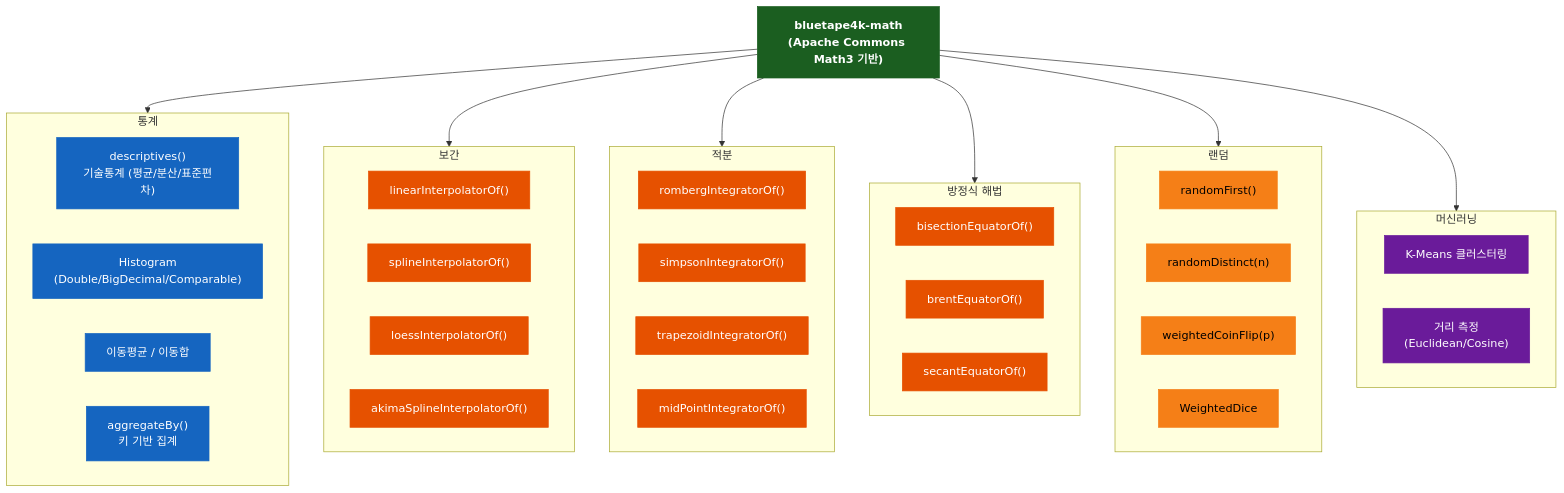
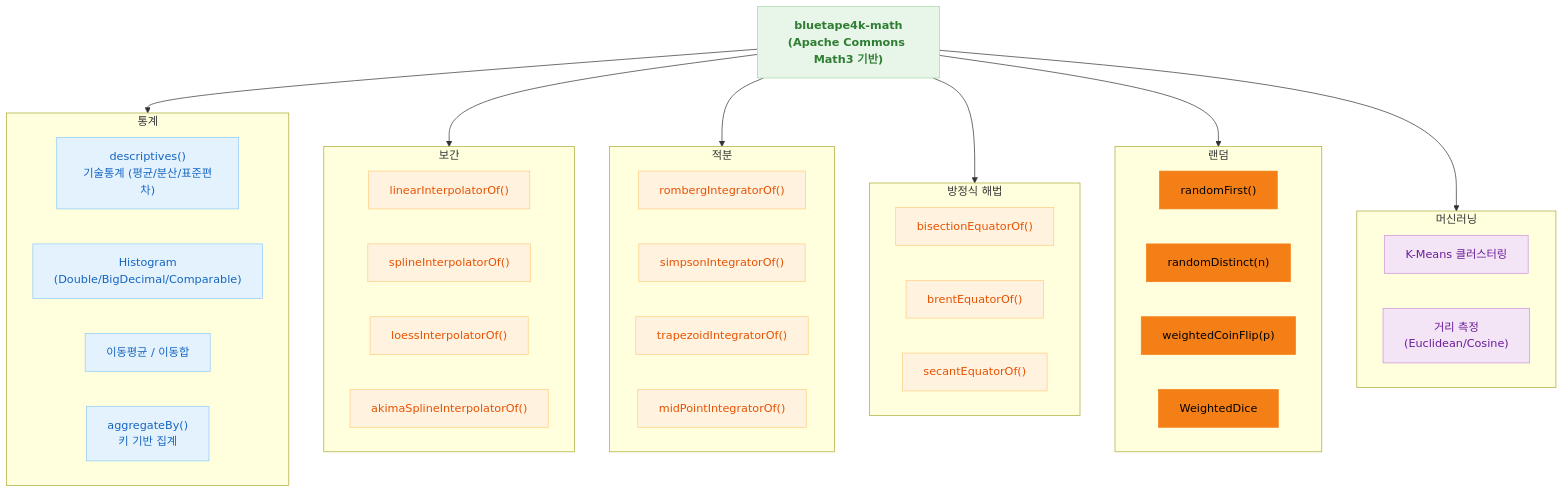
Before and after one commit to bluetape4k/bluetape4k-projects: the first of 2 diagrams in utils/math/README.ko.md, drawn with Mermaid. The commit also changed other lines of this file and 219 other files, not shown here.

First line of the commit message:
docs: 전체 README Mermaid 다이어그램 가이드 적용

````diff
--- a/utils/math/README.ko.md
+++ b/utils/math/README.ko.md
@@ -11,64 +11,64 @@
 ```mermaid
 flowchart TD
     subgraph 통계["통계"]
         DS["descriptives()<br/>기술통계 (평균/분산/표준편차)"]
         HG["Histogram<br/>(Double/BigDecimal/Comparable)"]
         MA["이동평균 / 이동합"]
         AG["aggregateBy()<br/>키 기반 집계"]
     end
 
     subgraph 보간["보간"]
         LIN["linearInterpolatorOf()"]
         SPL["splineInterpolatorOf()"]
         LOE["loessInterpolatorOf()"]
         AKI["akimaSplineInterpolatorOf()"]
     end
 
     subgraph 적분["적분"]
         ROM["rombergIntegratorOf()"]
         SIM["simpsonIntegratorOf()"]
         TRP["trapezoidIntegratorOf()"]
         MID["midPointIntegratorOf()"]
     end
 
     subgraph 방정식["방정식 해법"]
         BIS["bisectionEquatorOf()"]
         BRN["brentEquatorOf()"]
         SEC["secantEquatorOf()"]
     end
 
     subgraph 랜덤["랜덤"]
         RF["randomFirst()"]
         RD["randomDistinct(n)"]
         WC["weightedCoinFlip(p)"]
         WD["WeightedDice"]
     end
 
     subgraph ML["머신러닝"]
         KM["K-Means 클러스터링"]
         DM["거리 측정<br/>(Euclidean/Cosine)"]
     end
 
     MATH["bluetape4k-math<br/>(Apache Commons Math3 기반)"]
     MATH --> 통계
     MATH --> 보간
     MATH --> 적분
     MATH --> 방정식
     MATH --> 랜덤
     MATH --> ML
 
-    classDef coreStyle fill:#1B5E20,stroke:#1B5E20,color:#FFFFFF,font-weight:bold
-    classDef serviceStyle fill:#1565C0,stroke:#1565C0,color:#FFFFFF
-    classDef utilStyle fill:#E65100,stroke:#E65100,color:#FFFFFF
-    classDef asyncStyle fill:#6A1B9A,stroke:#6A1B9A,color:#FFFFFF
-    classDef extStyle fill:#37474F,stroke:#37474F,color:#FFFFFF
+    classDef coreStyle fill:#E8F5E9,stroke:#A5D6A7,color:#2E7D32,font-weight:bold
+    classDef serviceStyle fill:#E3F2FD,stroke:#90CAF9,color:#1565C0
+    classDef utilStyle fill:#FFF3E0,stroke:#FFCC80,color:#E65100
+    classDef asyncStyle fill:#F3E5F5,stroke:#CE93D8,color:#6A1B9A
+    classDef extStyle fill:#ECEFF1,stroke:#B0BEC5,color:#37474F
     classDef dataStyle fill:#F57F17,stroke:#F57F17,color:#000000
 
     class MATH coreStyle
     class DS,HG,MA,AG serviceStyle
     class LIN,SPL,LOE,AKI utilStyle
     class ROM,SIM,TRP,MID utilStyle
     class BIS,BRN,SEC utilStyle
     class RF,RD,WC,WD dataStyle
     class KM,DM asyncStyle
 ```
````
